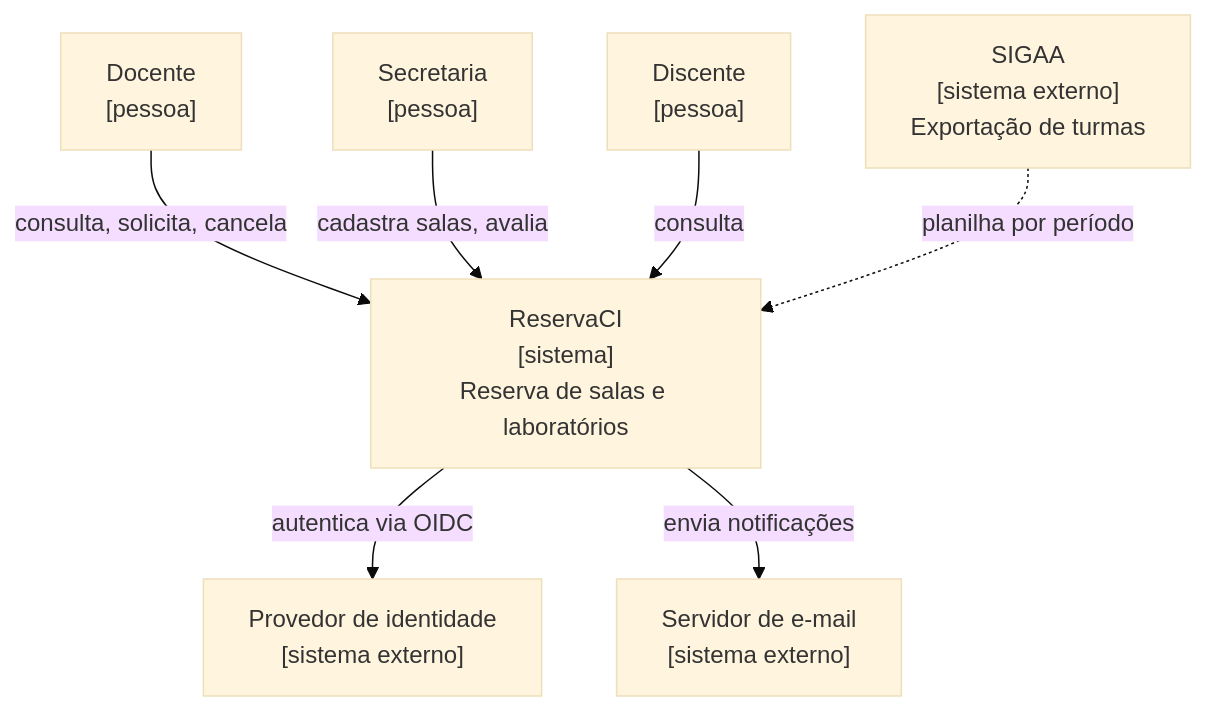
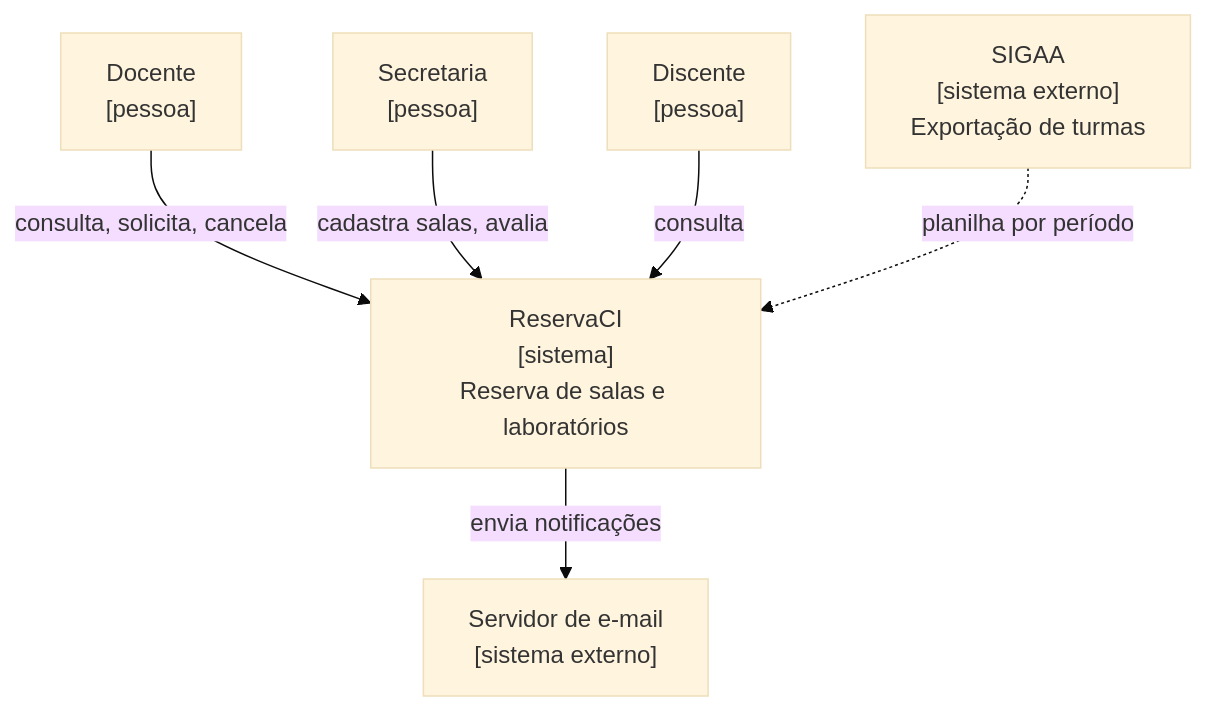
The first of 3 diagrams in docs/07-arquitetura/README.md (rkulesza/mps-modelo), drawn with Mermaid (base theme) before and after one commit. The commit also changed other lines of this file and 16 other files, not shown here.

````diff
--- a/docs/07-arquitetura/README.md
+++ b/docs/07-arquitetura/README.md
@@ -8,17 +8,15 @@
 ```mermaid
 flowchart TB
     docente["Docente<br/>[pessoa]"]
     secretaria["Secretaria<br/>[pessoa]"]
     discente["Discente<br/>[pessoa]"]
     sistema["ReservaCI<br/>[sistema]<br/>Reserva de salas e laboratórios"]
-    idp["Provedor de identidade<br/>[sistema externo]"]
     smtp["Servidor de e-mail<br/>[sistema externo]"]
     sigaa["SIGAA<br/>[sistema externo]<br/>Exportação de turmas"]
 
     docente -->|consulta, solicita, cancela| sistema
     secretaria -->|cadastra salas, avalia| sistema
     discente -->|consulta| sistema
-    sistema -->|autentica via OIDC| idp
     sistema -->|envia notificações| smtp
     sigaa -.->|planilha por período| sistema
 ```
````
